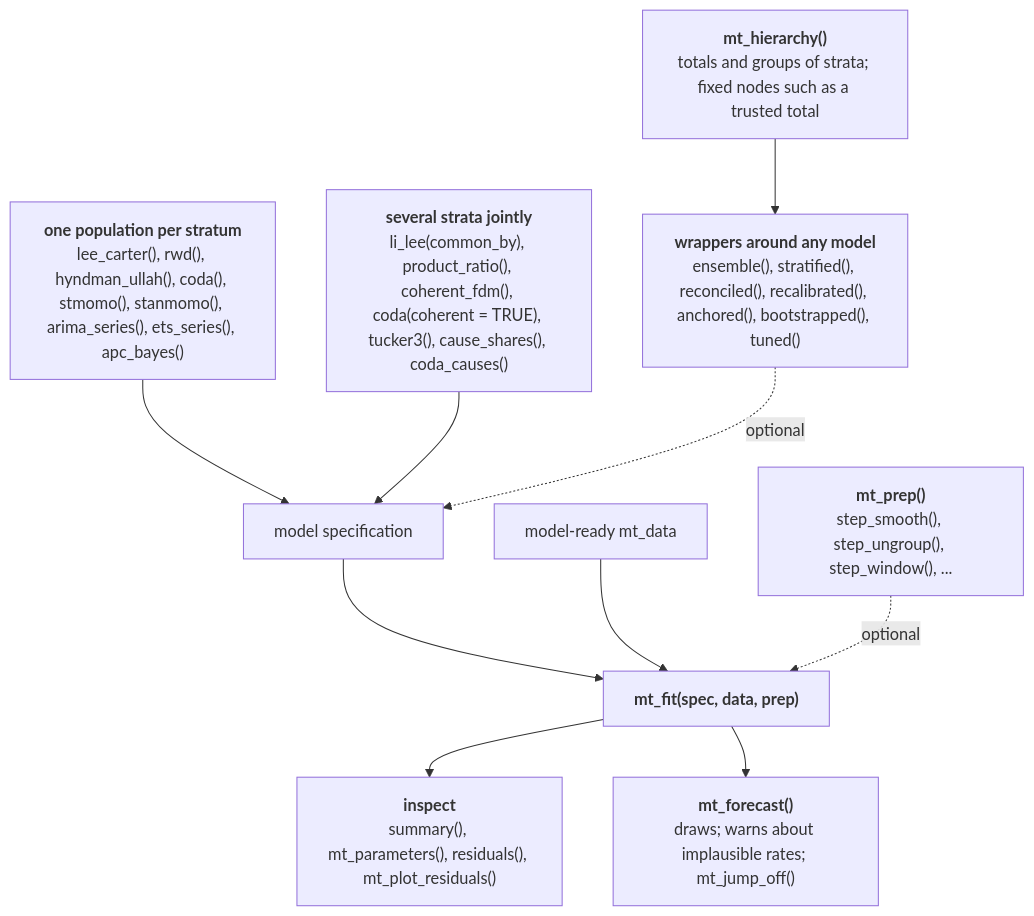
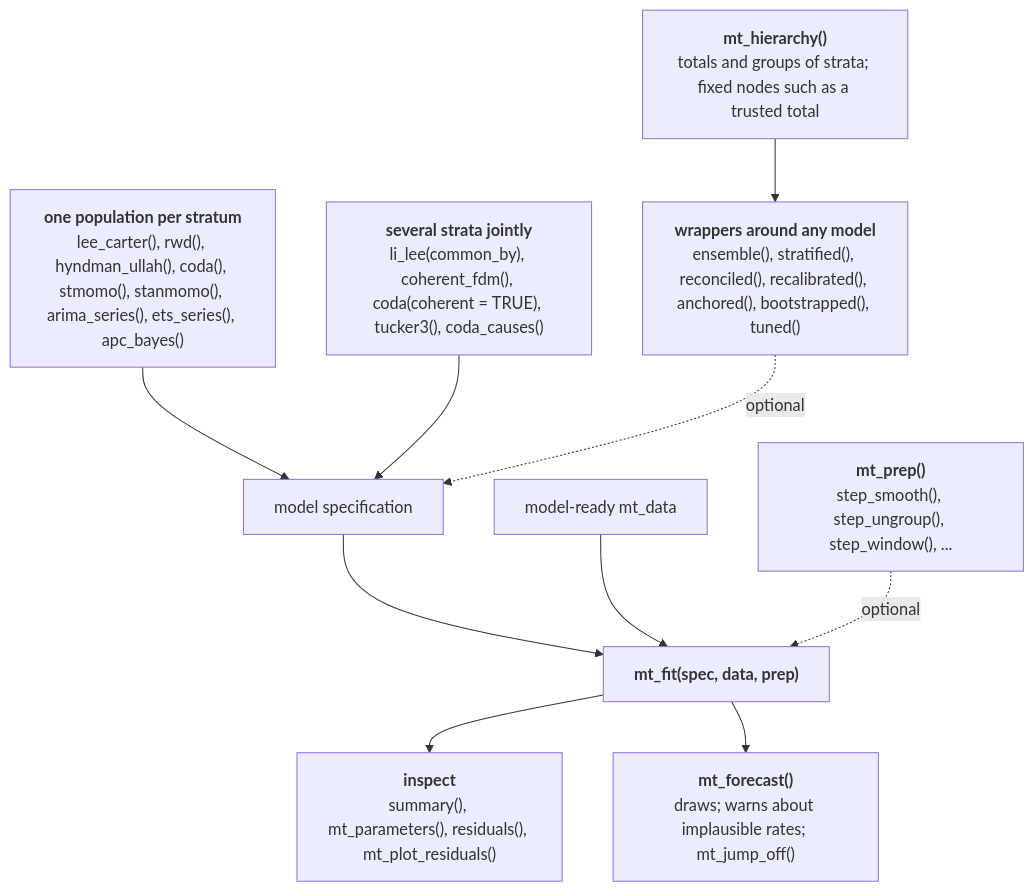
The diagram in dev/diagrams/function-map-models.mmd (kalleEF/mortensor), drawn with Mermaid before and after one commit. The commit also changed 18 other files, not shown here.

```diff
--- a/dev/diagrams/function-map-models.mmd
+++ b/dev/diagrams/function-map-models.mmd
@@ -1,27 +1,27 @@
 flowchart TD
   ONE["`**one population per stratum**
   lee_carter(), rwd(), hyndman_ullah(), coda(), stmomo(), stanmomo(), arima_series(), ets_series(), apc_bayes()`"]
   MANY["`**several strata jointly**
-  li_lee(common_by), product_ratio(), coherent_fdm(), coda(coherent = TRUE), tucker3(), cause_shares(), coda_causes()`"]
+  li_lee(common_by), coherent_fdm(), coda(coherent = TRUE), tucker3(), coda_causes()`"]
   H["`**mt_hierarchy()**
   totals and groups of strata; fixed nodes such as a trusted total`"]
   WRAP["`**wrappers around any model**
   ensemble(), stratified(), reconciled(), recalibrated(), anchored(), bootstrapped(), tuned()`"]
   SPEC["model specification"]
   M["model-ready mt_data"]
   PREP["`**mt_prep()**
   step_smooth(), step_ungroup(), step_window(), ...`"]
   FIT["`**mt_fit(spec, data, prep)**`"]
   INS["`**inspect**
   summary(), mt_parameters(), residuals(), mt_plot_residuals()`"]
   FC["`**mt_forecast()**
   draws; warns about implausible rates; mt_jump_off()`"]
   ONE --> SPEC
   MANY --> SPEC
   H --> WRAP
   WRAP -. "optional" .-> SPEC
   SPEC --> FIT
   M --> FIT
   PREP -. "optional" .-> FIT
   FIT --> INS
   FIT --> FC
```
